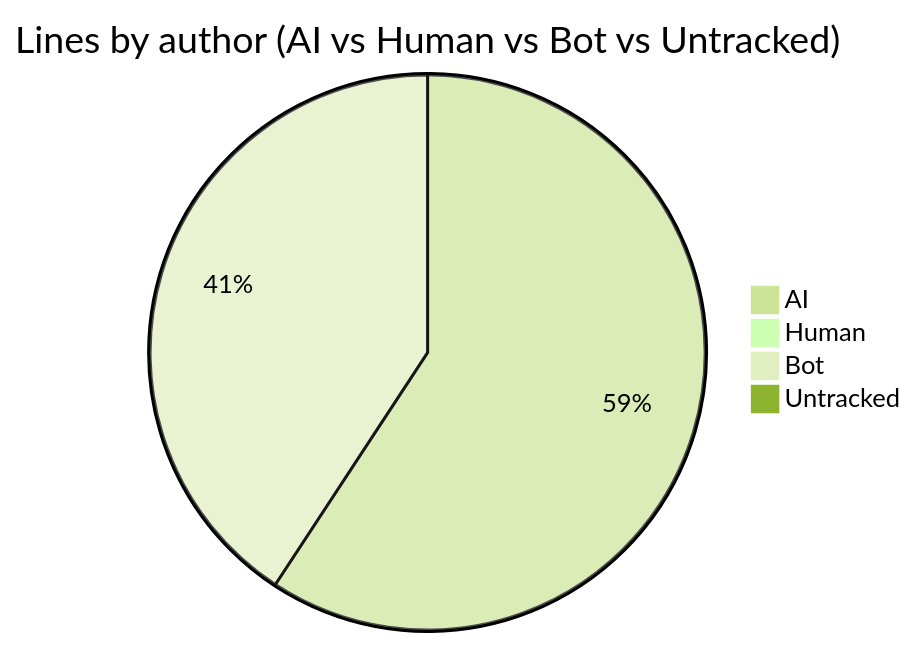
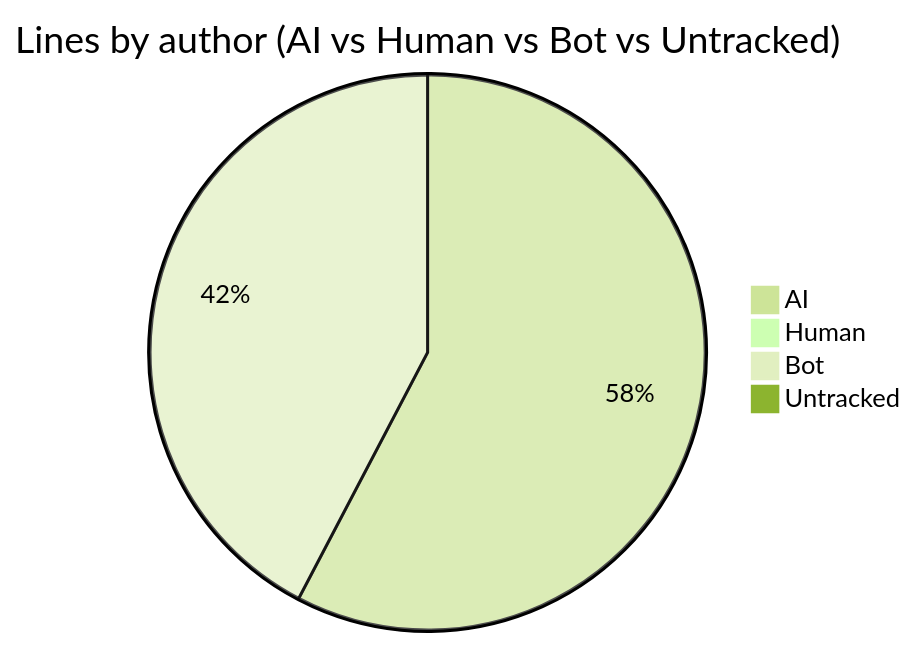
One commit to CaliMark/ai-authorship changed the first of 2 diagrams in AI-AUTHORSHIP.md. Above: the diagram before and after it, drawn with Mermaid (forest theme). The commit also changed other lines of this file and 5 other files, not shown here.

````diff
--- a/AI-AUTHORSHIP.md
+++ b/AI-AUTHORSHIP.md
@@ -20,7 +20,7 @@
 ```mermaid
 pie title Lines by author (AI vs Human vs Bot vs Untracked)
-    "AI" : 2359
+    "AI" : 2309
     "Human" : 0
-    "Bot" : 1623
+    "Bot" : 1694
     "Untracked" : 0
 ```
````
